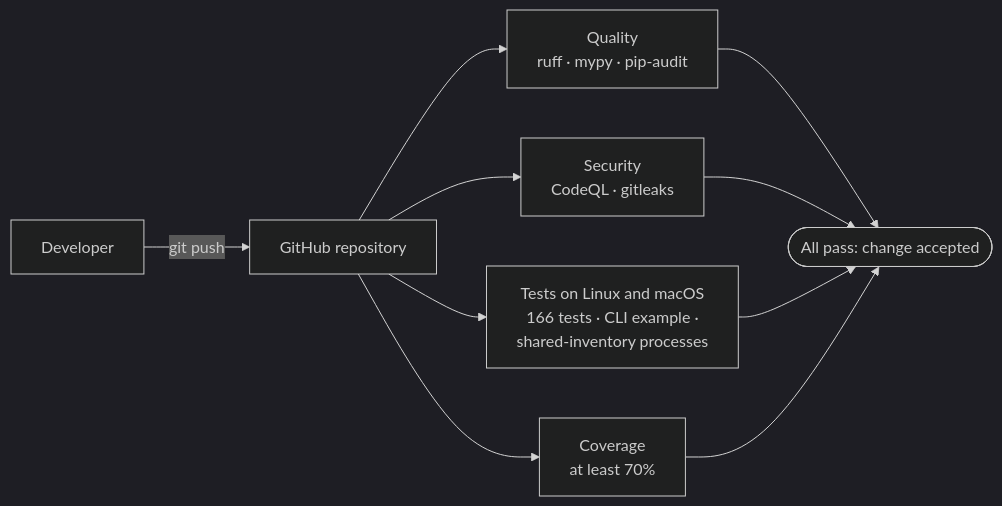
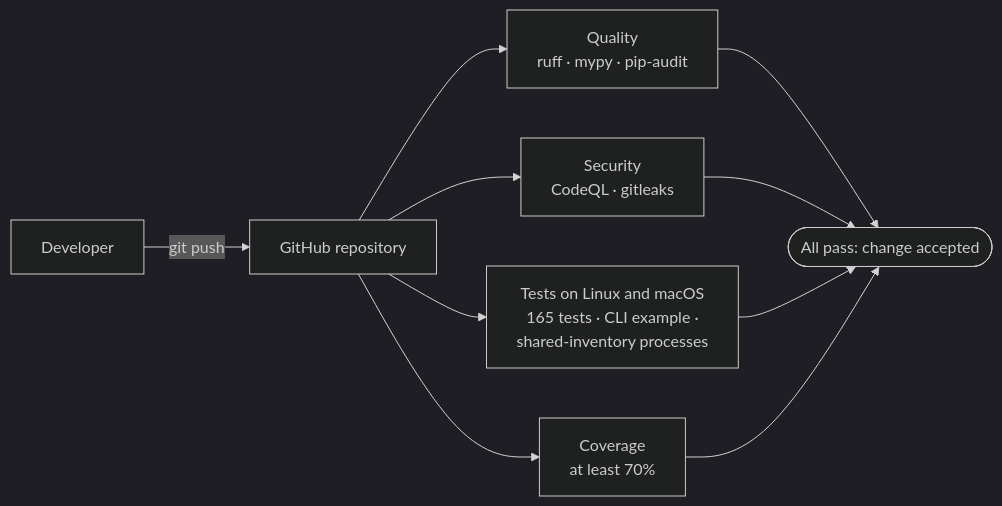
One commit to AnupamGupta86/InmarCodingAssignment changed the fifth of 5 diagrams in README.md. Above: the diagram before and after it, drawn with Mermaid (dark theme). The commit also changed other lines of this file and 5 other files, not shown here.

````diff
--- a/README.md
+++ b/README.md
@@ -315,12 +312,12 @@
 ```mermaid
 flowchart LR
     dev["Developer"] -->|git push| repo["GitHub repository"]
     repo --> quality["Quality<br/>ruff · mypy · pip-audit"]
     repo --> sast["Security<br/>CodeQL · gitleaks"]
-    repo --> tests["Tests on Linux and macOS<br/>166 tests · CLI example ·<br/>shared-inventory processes"]
+    repo --> tests["Tests on Linux and macOS<br/>165 tests · CLI example ·<br/>shared-inventory processes"]
     repo --> coverage["Coverage<br/>at least 70%"]
     quality --> ok(["All pass: change accepted"])
     sast --> ok
     tests --> ok
     coverage --> ok
 ```
````
